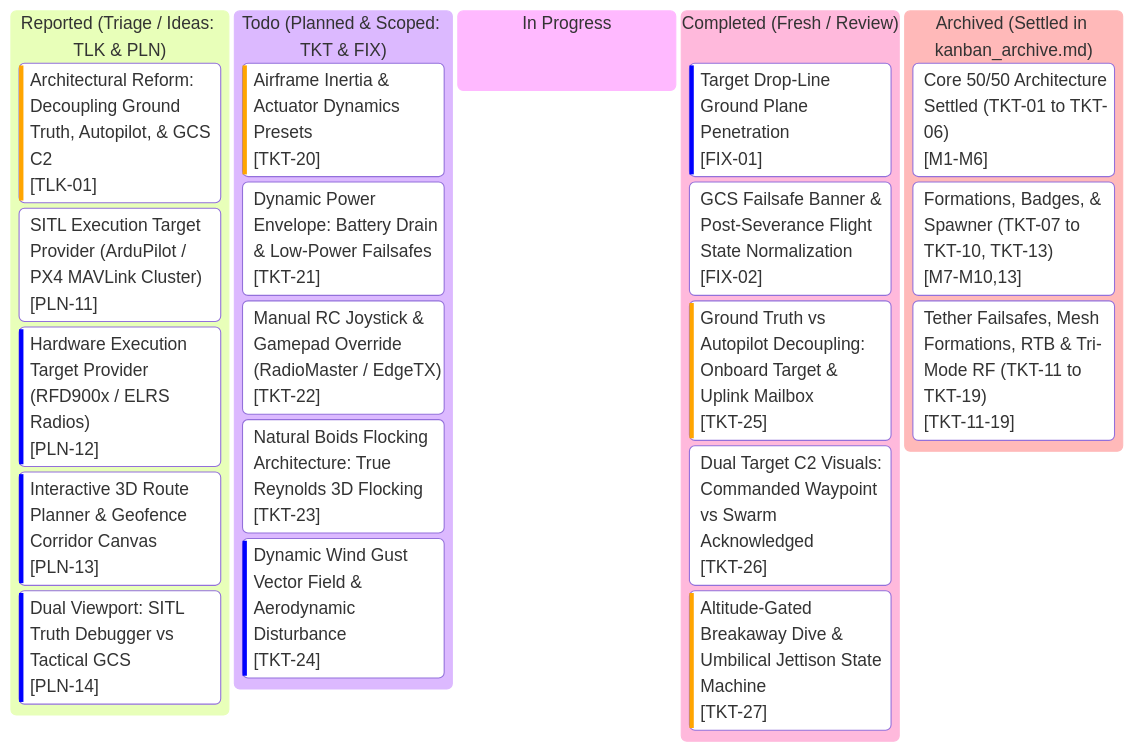
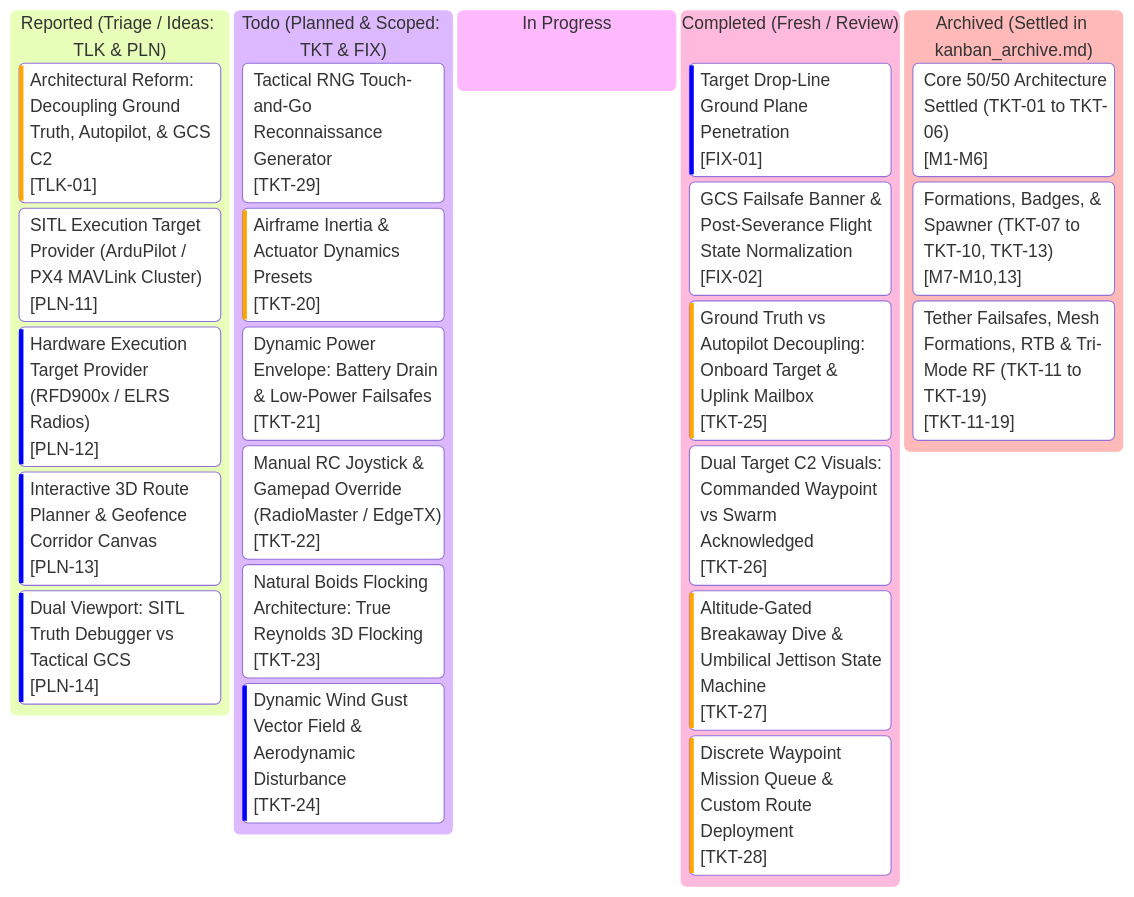
The diagram in kanban.md (AlitheiaDeus/SwarmTech_v3-Uprising), drawn with Mermaid before and after one commit. The commit also changed other lines of this file and 10 other files, not shown here.

First line of the commit message:
feat(mission): implement TKT-28 discrete waypoint mission queue and route deployment

````diff
--- a/kanban.md
+++ b/kanban.md
@@ -10,46 +10,48 @@
 ```mermaid
 %%{init: {
   'theme': 'base',
   'themeVariables': {
     'primaryColor': '#0d2235',
     'primaryTextColor': '#d4f4ff',
     'primaryBorderColor': '#00f0ff',
     'lineColor': '#00f0ff',
     'background': '#061019',
     'mainBkg': '#0a1926',
     'secondaryColor': '#081420',
     'secondaryTextColor': '#5a7e96',
     'secondaryBorderColor': '#134e6f',
     'tertiaryColor': '#0e263d',
     'tertiaryTextColor': '#00ffaa',
     'tertiaryBorderColor': '#00ffaa',
     'clusterBkg': '#081420',
     'clusterBorder': '#134e6f',
     'fontFamily': "'JetBrains Mono', 'Courier New', monospace"
   }
 }}%%
 kanban
   reported["Reported (Triage / Ideas: TLK & PLN)"]
     tlk01["Architectural Reform: Decoupling Ground Truth, Autopilot, & GCS C2"]@{ ticket: '[TLK-01]', priority: 'High' }
     pln11["SITL Execution Target Provider (ArduPilot / PX4 MAVLink Cluster)"]@{ ticket: '[PLN-11]', priority: 'Medium' }
     pln12["Hardware Execution Target Provider (RFD900x / ELRS Radios)"]@{ ticket: '[PLN-12]', priority: 'Low' }
     pln13["Interactive 3D Route Planner & Geofence Corridor Canvas"]@{ ticket: '[PLN-13]', priority: 'Low' }
     pln14["Dual Viewport: SITL Truth Debugger vs Tactical GCS"]@{ ticket: '[PLN-14]', priority: 'Low' }
   todo["Todo (Planned & Scoped: TKT & FIX)"]
+    tkt29["Tactical RNG Touch-and-Go Reconnaissance Generator"]@{ ticket: '[TKT-29]', priority: 'Medium' }
     tkt20["Airframe Inertia & Actuator Dynamics Presets"]@{ ticket: '[TKT-20]', priority: 'High' }
     tkt21["Dynamic Power Envelope: Battery Drain & Low-Power Failsafes"]@{ ticket: '[TKT-21]', priority: 'Medium' }
     tkt22["Manual RC Joystick & Gamepad Override (RadioMaster / EdgeTX)"]@{ ticket: '[TKT-22]', priority: 'Medium' }
     tkt23["Natural Boids Flocking Architecture: True Reynolds 3D Flocking"]@{ ticket: '[TKT-23]', priority: 'Medium' }
     tkt24["Dynamic Wind Gust Vector Field & Aerodynamic Disturbance"]@{ ticket: '[TKT-24]', priority: 'Low' }
   in_progress["In Progress"]
   completed["Completed (Fresh / Review)"]
     fix01["Target Drop-Line Ground Plane Penetration"]@{ ticket: '[FIX-01]', priority: 'Low' }
     fix02["GCS Failsafe Banner & Post-Severance Flight State Normalization"]@{ ticket: '[FIX-02]', priority: 'Medium' }
     tkt25["Ground Truth vs Autopilot Decoupling: Onboard Target & Uplink Mailbox"]@{ ticket: '[TKT-25]', priority: 'High' }
     tkt26["Dual Target C2 Visuals: Commanded Waypoint vs Swarm Acknowledged"]@{ ticket: '[TKT-26]', priority: 'Medium' }
     tkt27["Altitude-Gated Breakaway Dive & Umbilical Jettison State Machine"]@{ ticket: '[TKT-27]', priority: 'High' }
+    tkt28["Discrete Waypoint Mission Queue & Custom Route Deployment"]@{ ticket: '[TKT-28]', priority: 'High' }
   archived["Archived (Settled in kanban_archive.md)"]
     arch_m1_6["Core 50/50 Architecture Settled (TKT-01 to TKT-06)"]@{ ticket: '[M1-M6]' }
     arch_m7_10_13["Formations, Badges, & Spawner (TKT-07 to TKT-10, TKT-13)"]@{ ticket: '[M7-M10,13]' }
     arch_m11_19["Tether Failsafes, Mesh Formations, RTB & Tri-Mode RF (TKT-11 to TKT-19)"]@{ ticket: '[TKT-11-19]' }
 ```
````
